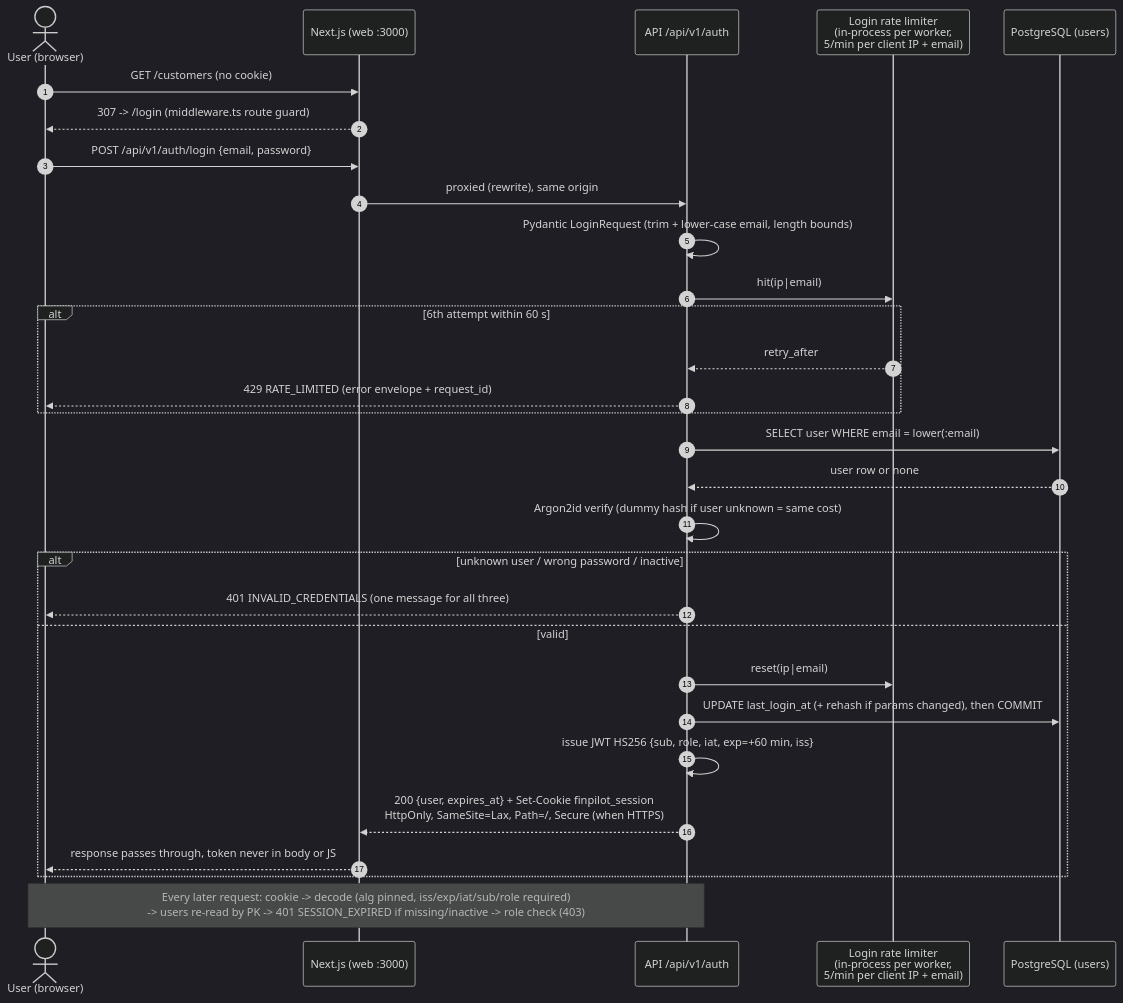
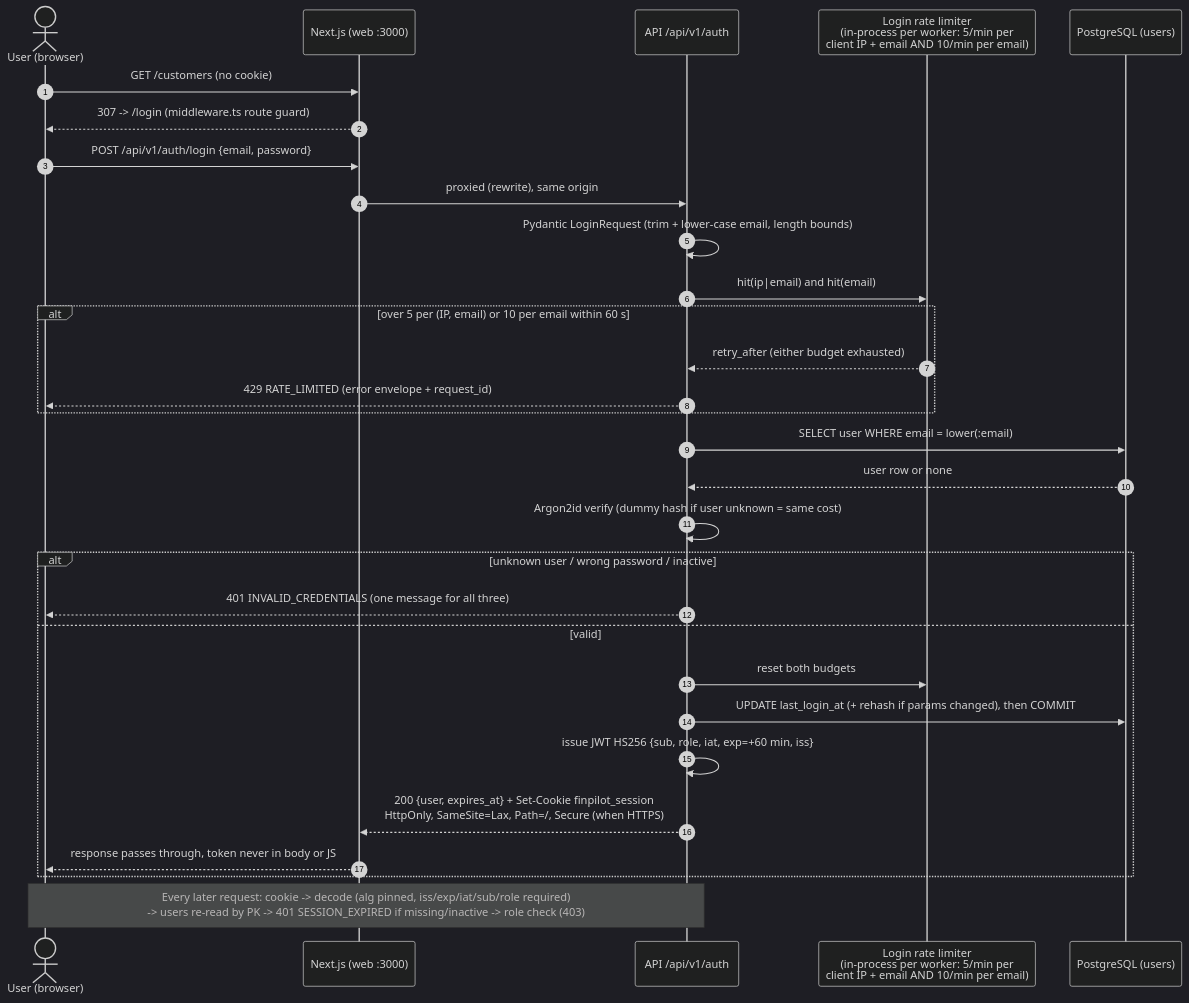
The diagram in docs/architecture/diagrams/login-sequence.mmd (vijaytectra/finpilot), drawn with Mermaid (dark theme) before and after one commit. The commit also changed 5 other files, not shown here.

Commit message:
docs(arch): show both login budgets, trusted-proxy default and the web CI job in diagrams

```diff
--- a/docs/architecture/diagrams/login-sequence.mmd
+++ b/docs/architecture/diagrams/login-sequence.mmd
@@ -1,31 +1,31 @@
 sequenceDiagram
     autonumber
     actor U as User (browser)
     participant W as Next.js (web :3000)
     participant A as API /api/v1/auth
-    participant L as Login rate limiter<br/>(in-process per worker,<br/>5/min per client IP + email)
+    participant L as Login rate limiter<br/>(in-process per worker: 5/min per<br/>client IP + email AND 10/min per email)
     participant DB as PostgreSQL (users)
 
     U->>W: GET /customers (no cookie)
     W-->>U: 307 -> /login (middleware.ts route guard)
     U->>W: POST /api/v1/auth/login {email, password}
     W->>A: proxied (rewrite), same origin
     A->>A: Pydantic LoginRequest (trim + lower-case email, length bounds)
-    A->>L: hit(ip|email)
-    alt 6th attempt within 60 s
-        L-->>A: retry_after
+    A->>L: hit(ip|email) and hit(email)
+    alt over 5 per (IP, email) or 10 per email within 60 s
+        L-->>A: retry_after (either budget exhausted)
         A-->>U: 429 RATE_LIMITED (error envelope + request_id)
     end
     A->>DB: SELECT user WHERE email = lower(:email)
     DB-->>A: user row or none
     A->>A: Argon2id verify (dummy hash if user unknown = same cost)
     alt unknown user / wrong password / inactive
         A-->>U: 401 INVALID_CREDENTIALS (one message for all three)
     else valid
-        A->>L: reset(ip|email)
+        A->>L: reset both budgets
         A->>DB: UPDATE last_login_at (+ rehash if params changed), then COMMIT
         A->>A: issue JWT HS256 {sub, role, iat, exp=+60 min, iss}
         A-->>W: 200 {user, expires_at} + Set-Cookie finpilot_session<br/>HttpOnly, SameSite=Lax, Path=/, Secure (when HTTPS)
         W-->>U: response passes through, token never in body or JS
     end
     Note over U,A: Every later request: cookie -> decode (alg pinned, iss/exp/iat/sub/role required)<br/>-> users re-read by PK -> 401 SESSION_EXPIRED if missing/inactive -> role check (403)
```
